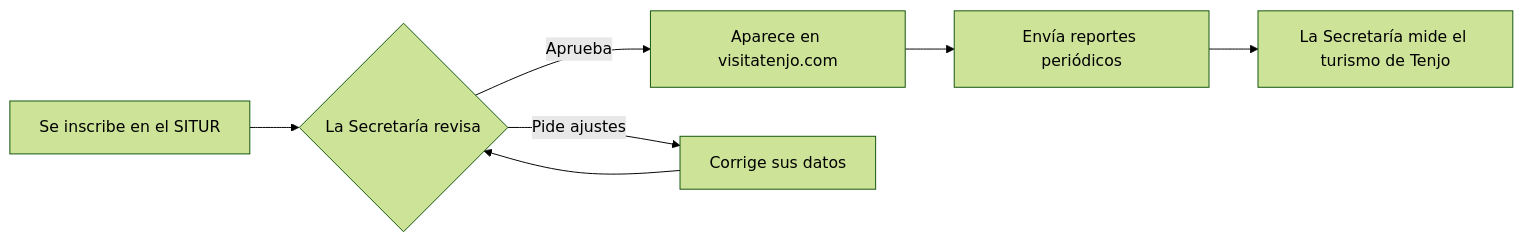
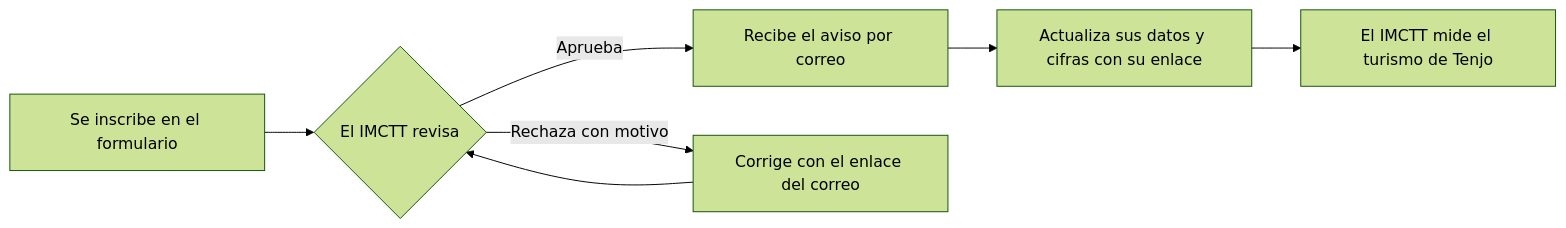
Before and after one commit to Dreinova/situr-docs: the diagram in docs/inicio.md, drawn with Mermaid (forest theme). The commit also changed other lines of this file and 25 other files, not shown here.

````diff
--- a/docs/inicio.md
+++ b/docs/inicio.md
@@ -28,9 +32,9 @@
 ```mermaid
 flowchart LR
-    A[Se inscribe en el SITUR] --> B{La Secretaría revisa}
-    B -- Aprueba --> C[Aparece en visitatenjo.com]
-    B -- Pide ajustes --> D[Corrige sus datos]
+    A[Se inscribe en el formulario] --> B{El IMCTT revisa}
+    B -- Aprueba --> C[Recibe el aviso por correo]
+    B -- Rechaza con motivo --> D[Corrige con el enlace del correo]
     D --> B
-    C --> E[Envía reportes periódicos]
-    E --> F[La Secretaría mide el turismo de Tenjo]
+    C --> E[Actualiza sus datos y cifras con su enlace]
+    E --> F[El IMCTT mide el turismo de Tenjo]
 ```
````
